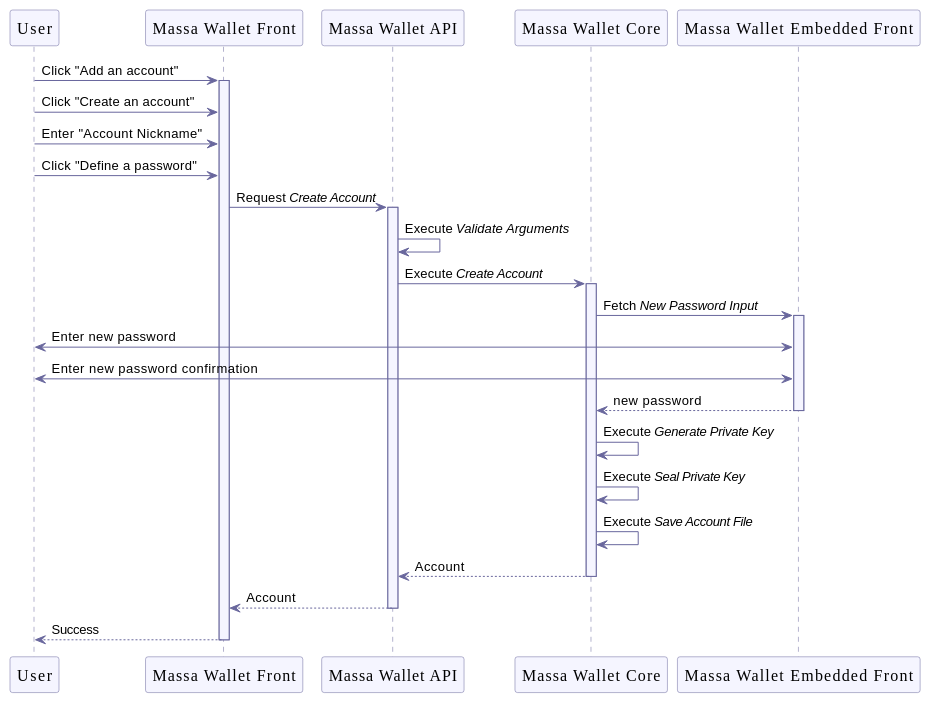
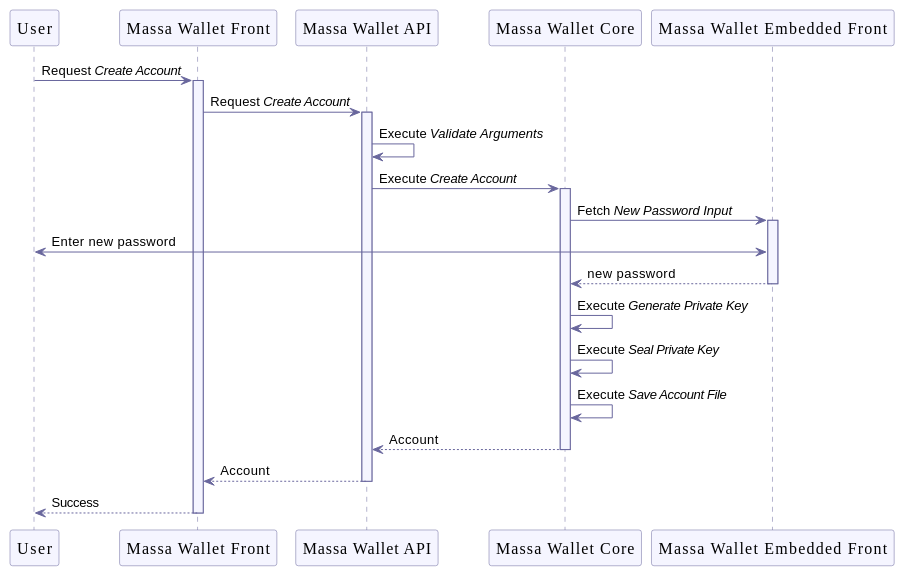
The sixth of 9 diagrams in documentation/wallet.adoc (massalabs/station-massa-wallet), drawn with PlantUML before and after one commit. The commit also changed other lines of this file, not shown here.

Commit message:
simplify sequence diagram and add function

```diff
--- a/documentation/wallet.adoc
+++ b/documentation/wallet.adoc
@@ -410,44 +409,40 @@
 [plantuml, format="svg", id="create-account", width="100%", role="center-image", options="interactive"]
 ----
 @startuml
 
 skinparam FontName Poppins
 
 skinparam sequence {
     ArrowColor #69679D
     LifeLineBorderColor #69679D
     LifeLineBackgroundColor #F5F5FF
 
     ParticipantBorderColor #69679D
     ParticipantBackgroundColor #F5F5FF
     ParticipantFontName Poppins
     ParticipantFontSize 16
     ParticipantFontColor #000000
 }
 
 
 participant "User" as user
 participant "Massa Wallet Front" as wallet_front
 participant "Massa Wallet API" as wallet_api
 participant "Massa Wallet Core" as wallet_core
 participant "Massa Wallet Embedded Front" as wallet_embedded_front
 
-user -> wallet_front ++ : Click "Add an account"
-user -> wallet_front : Click "Create an account"
-user -> wallet_front : Enter "Account Nickname"
-user -> wallet_front : Click "Define a password"
+user -> wallet_front ++ : Request //Create Account//
     wallet_front -> wallet_api ++: Request //Create Account//
     wallet_api -> wallet_api: Execute //Validate Arguments//
         wallet_api -> wallet_core ++: Execute //Create Account//
             wallet_core -> wallet_embedded_front ++: Fetch //New Password Input//
             wallet_embedded_front <-> user: Enter new password
-            wallet_embedded_front <-> user: Enter new password confirmation
             return new password
         wallet_core -> wallet_core: Execute //Generate Private Key//
         wallet_core -> wallet_core: Execute //Seal Private Key//
         wallet_core -> wallet_core: Execute //Save Account File//
         return Account
     return Account
 return Success
 @enduml
 ----
```
